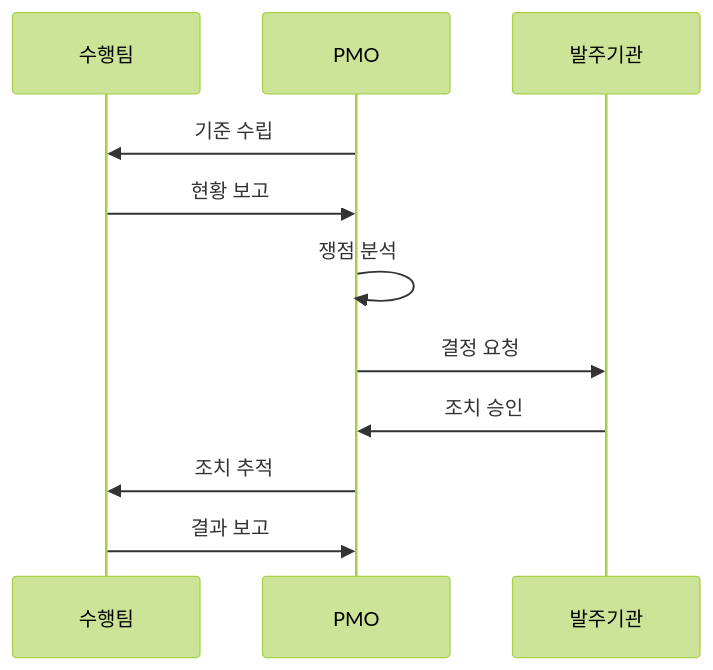
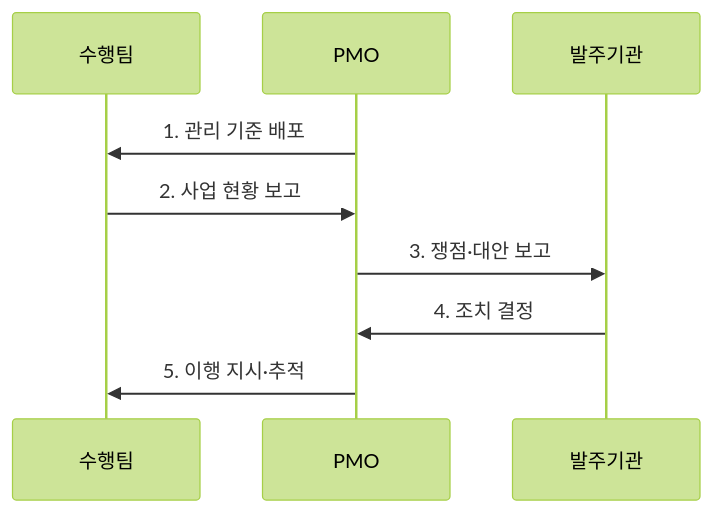
The second of 2 diagrams in src/content/docs/notes/07-law-policy/008_pmo_project_management_office.md (agnusdei1207/knowledge-base), drawn with Mermaid (forest theme) before and after one commit. The commit also changed other lines of this file and 9 other files, not shown here.

````diff
--- a/src/content/docs/notes/07-law-policy/008_pmo_project_management_office.md
+++ b/src/content/docs/notes/07-law-policy/008_pmo_project_management_office.md
@@ -61,13 +71,11 @@
 ```mermaid
 sequenceDiagram
     participant T as 수행팀
     participant P as PMO
     participant O as 발주기관
-    P->>T: 기준 수립
-    T->>P: 현황 보고
-    P->>P: 쟁점 분석
-    P->>O: 결정 요청
-    O->>P: 조치 승인
-    P->>T: 조치 추적
-    T->>P: 결과 보고
+    P->>T: 1. 관리 기준 배포
+    T->>P: 2. 사업 현황 보고
+    P->>O: 3. 쟁점·대안 보고
+    O->>P: 4. 조치 결정
+    P->>T: 5. 이행 지시·추적
 ```
````
